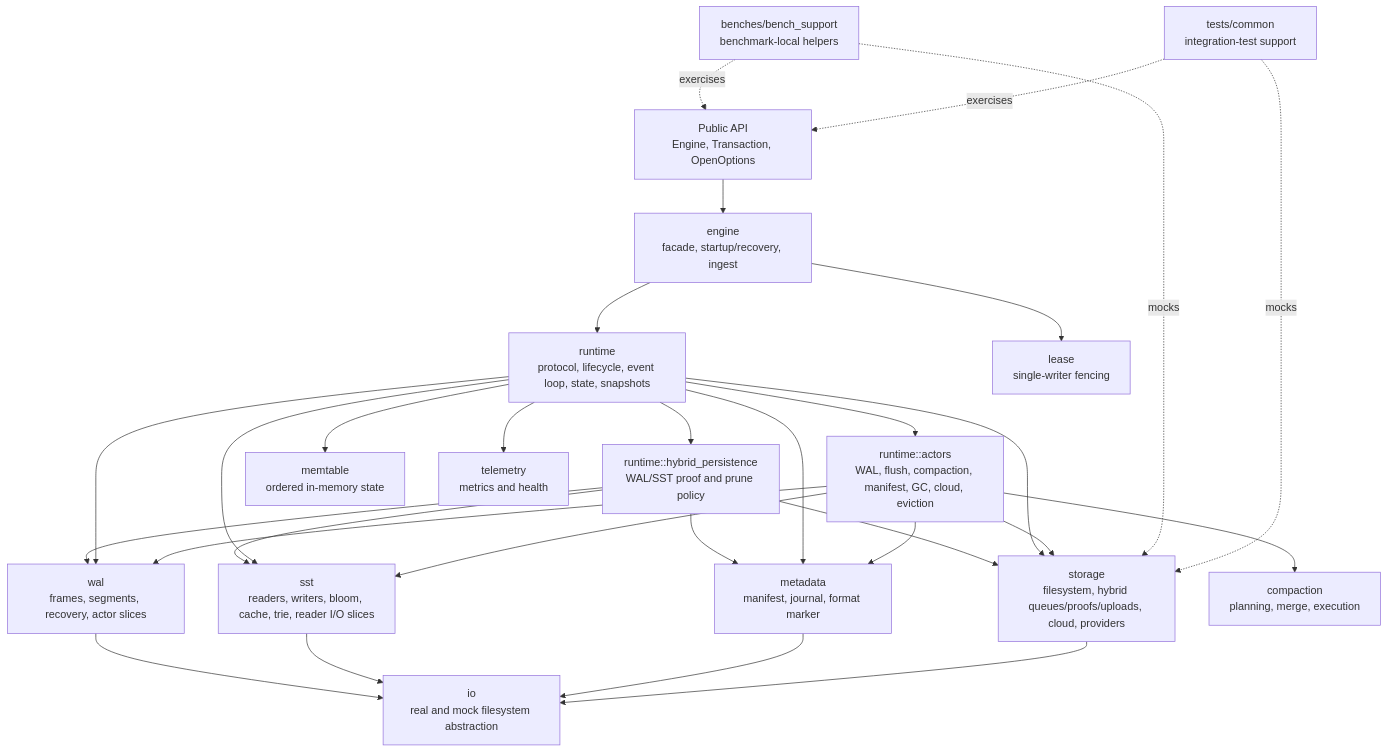
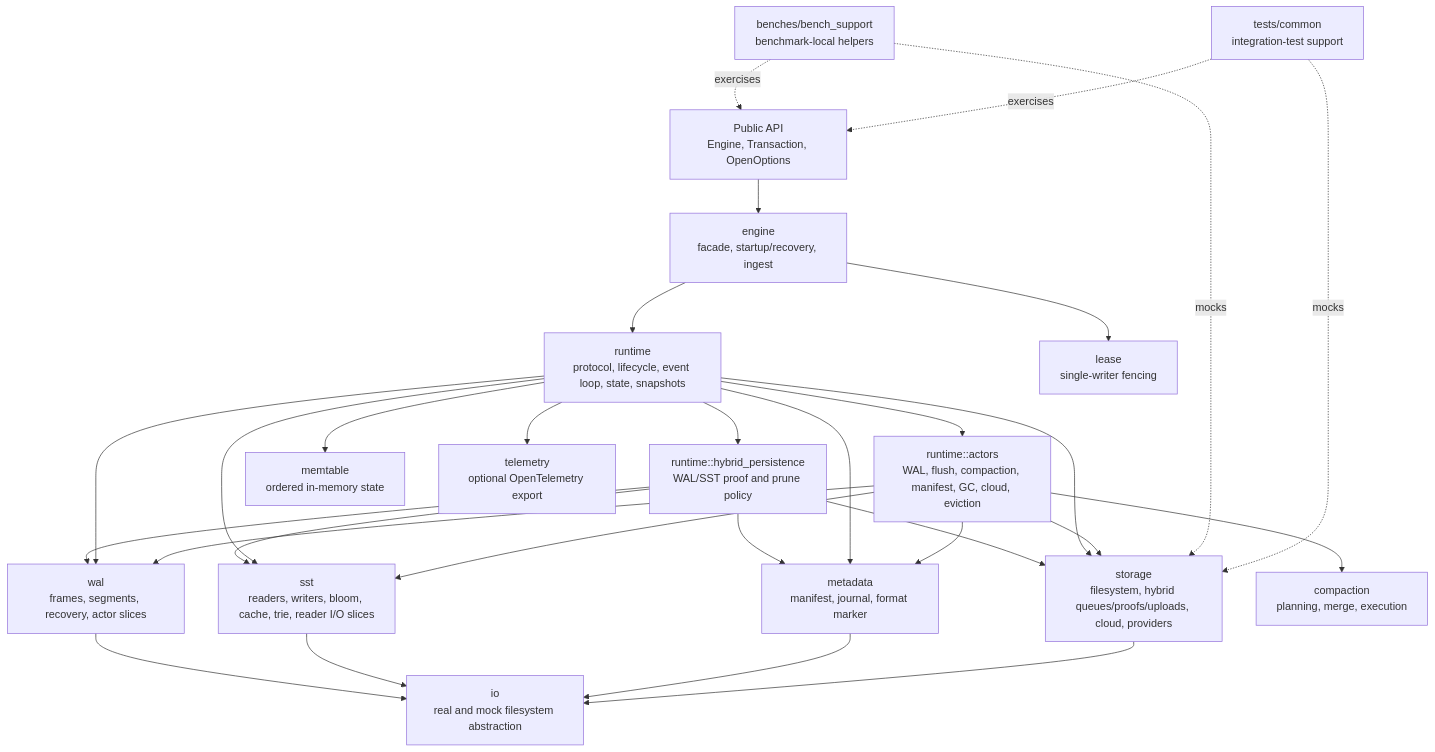
The first of 10 diagrams in docs/development/architecture-diagrams.md (cntryl/midge), drawn with Mermaid before and after one commit. The commit also changed other lines of this file and 36 other files, not shown here.

````diff
--- a/docs/development/architecture-diagrams.md
+++ b/docs/development/architecture-diagrams.md
@@ -7,48 +7,48 @@
 ```mermaid
 flowchart TB
     API["Public API<br/>Engine, Transaction, OpenOptions"]
     Engine["engine<br/>facade, startup/recovery, ingest"]
     Runtime["runtime<br/>protocol, lifecycle, event loop, state, snapshots"]
     HybridRuntime["runtime::hybrid_persistence<br/>WAL/SST proof and prune policy"]
     Actors["runtime::actors<br/>WAL, flush, compaction, manifest, GC, cloud, eviction"]
     Memtable["memtable<br/>ordered in-memory state"]
     WAL["wal<br/>frames, segments, recovery, actor slices"]
     SST["sst<br/>readers, writers, bloom, cache, trie, reader I/O slices"]
     Metadata["metadata<br/>manifest, journal, format marker"]
     Storage["storage<br/>filesystem, hybrid queues/proofs/uploads, cloud, providers"]
     IO["io<br/>real and mock filesystem abstraction"]
     Compaction["compaction<br/>planning, merge, execution"]
     Lease["lease<br/>single-writer fencing"]
-    Telemetry["telemetry<br/>metrics and health"]
+    Telemetry["telemetry<br/>optional OpenTelemetry export"]
     BenchSupport["benches/bench_support<br/>benchmark-local helpers"]
     TestSupport["tests/common<br/>integration-test support"]
 
     API --> Engine
     Engine --> Runtime
     Engine --> Lease
     Runtime --> Actors
     Runtime --> HybridRuntime
     HybridRuntime --> WAL
     HybridRuntime --> SST
     HybridRuntime --> Metadata
     HybridRuntime --> Storage
     Runtime --> Memtable
     Runtime --> WAL
     Runtime --> SST
     Runtime --> Metadata
     Runtime --> Storage
     Actors --> Compaction
     Actors --> WAL
     Actors --> SST
     Actors --> Metadata
     Actors --> Storage
     WAL --> IO
     SST --> IO
     Metadata --> IO
     Storage --> IO
     Runtime --> Telemetry
     BenchSupport -. exercises .-> API
     BenchSupport -. mocks .-> Storage
     TestSupport -. exercises .-> API
     TestSupport -. mocks .-> Storage
 ```
````
